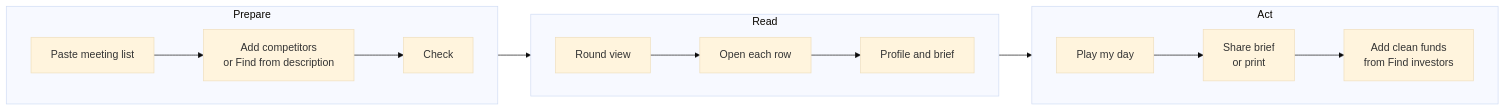
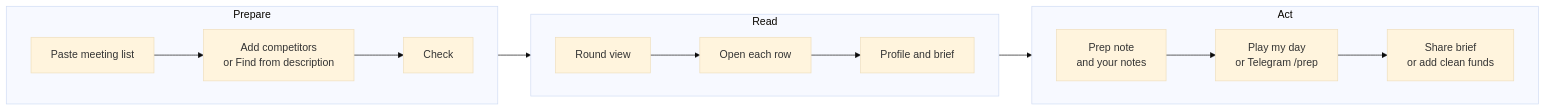
Before and after one commit to mrnetwork0001/FlipDD: the sixth of 6 diagrams in README.md, drawn with Mermaid (base theme). The commit also changed other lines of this file, not shown here.

Commit message:
README: live URL, meeting prep, ElevenLabs voice, Telegram /prep, own Cala key, record resolution, Upstash and webhook deploy

````diff
--- a/README.md
+++ b/README.md
@@ -199,16 +202,16 @@
 ```mermaid
 flowchart LR
   subgraph Prepare
     direction LR
     A[Paste meeting list] --> B[Add competitors<br/>or Find from description] --> C[Check]
   end
   subgraph Read
     direction LR
     D[Round view] --> E[Open each row] --> F[Profile and brief]
   end
   subgraph Act
     direction LR
-    G[Play my day] --> H[Share brief<br/>or print] --> I[Add clean funds<br/>from Find investors]
+    G[Prep note<br/>and your notes] --> H[Play my day<br/>or Telegram /prep] --> I[Share brief<br/>or add clean funds]
   end
   Prepare --> Read --> Act
 ```
````
